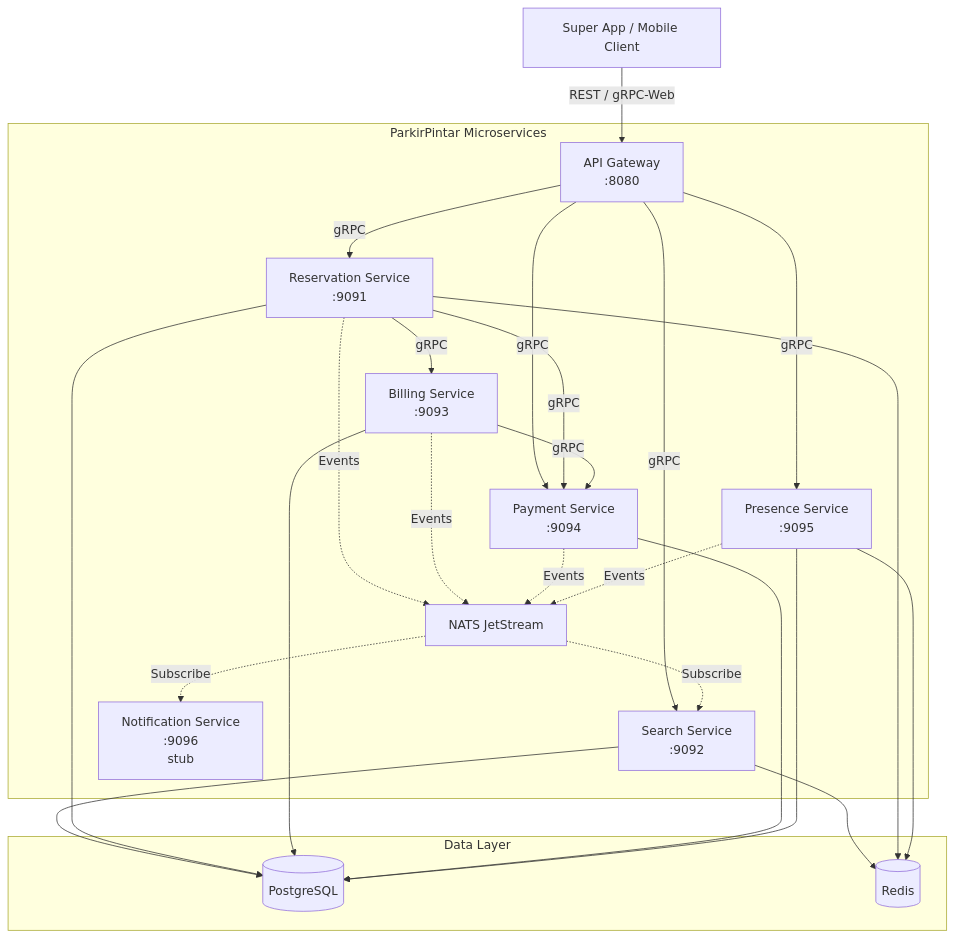
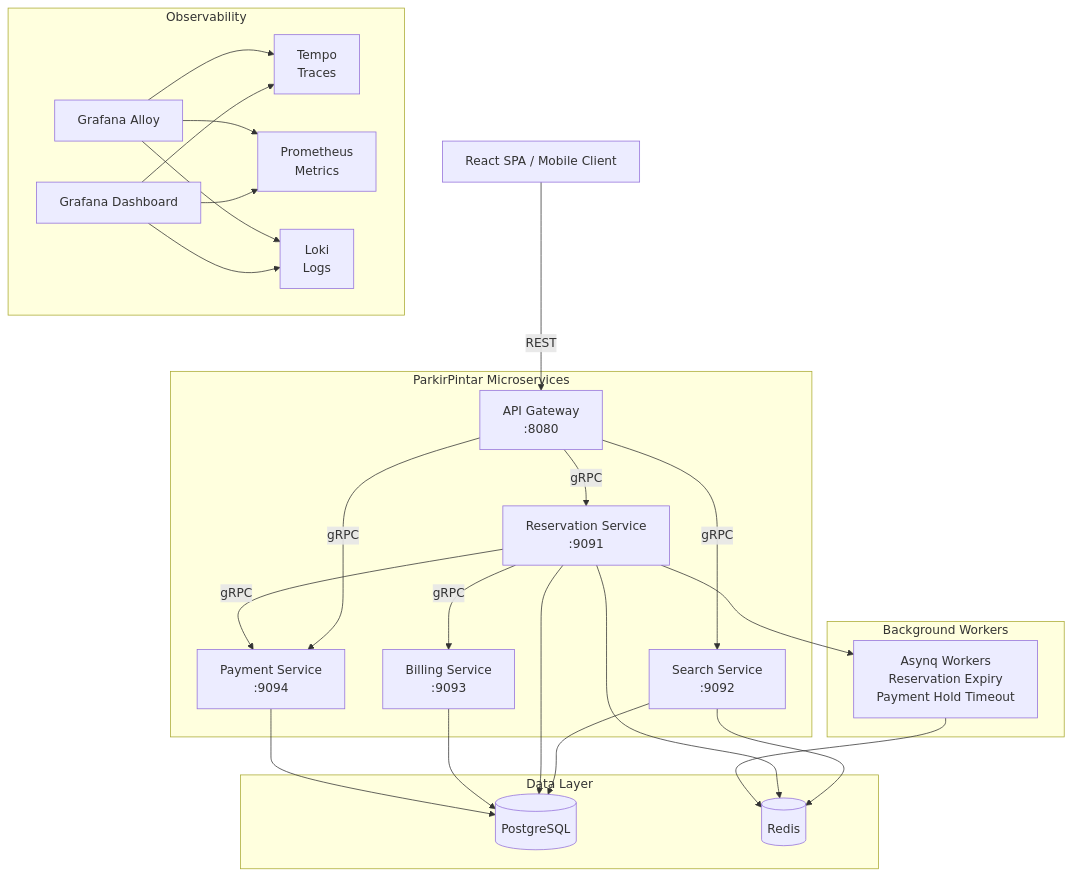
The first of 9 diagrams in README.md (piresc/parkir-pintar), drawn with Mermaid before and after one commit. The commit also changed other lines of this file and 138 other files, not shown here.

````diff
--- a/README.md
+++ b/README.md
@@ -41,38 +35,41 @@
 ```mermaid
 graph TB
-    Client[Super App / Mobile Client] -->|REST / gRPC-Web| GW[API Gateway<br/>:8080]
+    Client[React SPA / Mobile Client] -->|REST| GW[API Gateway<br/>:8080]
 
     subgraph ParkirPintar Microservices
         GW -->|gRPC| SEARCH[Search Service<br/>:9092]
         GW -->|gRPC| RESERVE[Reservation Service<br/>:9091]
         GW -->|gRPC| PAYMENT[Payment Service<br/>:9094]
-        GW -->|gRPC| PRESENCE[Presence Service<br/>:9095]
 
         RESERVE -->|gRPC| BILLING[Billing Service<br/>:9093]
         RESERVE -->|gRPC| PAYMENT
-        BILLING -->|gRPC| PAYMENT
-
-        RESERVE -.->|Events| NATS[NATS JetStream]
-        BILLING -.->|Events| NATS
-        PAYMENT -.->|Events| NATS
-        PRESENCE -.->|Events| NATS
-
-        NATS -.->|Subscribe| NOTIF[Notification Service<br/>:9096<br/>stub]
-        NATS -.->|Subscribe| SEARCH
     end
 
     subgraph Data Layer
         PG[(PostgreSQL)]
         RD[(Redis)]
-        NATS
+    end
+
+    subgraph Background Workers
+        ASYNQ[Asynq Workers<br/>Reservation Expiry<br/>Payment Hold Timeout]
     end
 
     SEARCH --> PG
     SEARCH --> RD
     RESERVE --> PG
     RESERVE --> RD
+    RESERVE --> ASYNQ
+    ASYNQ --> RD
     BILLING --> PG
     PAYMENT --> PG
-    PRESENCE --> PG
-    PRESENCE --> RD
+
+    subgraph Observability
+        ALLOY[Grafana Alloy] --> TEMPO[Tempo<br/>Traces]
+        ALLOY --> PROM[Prometheus<br/>Metrics]
+        ALLOY --> LOKI[Loki<br/>Logs]
+        GRAFANA[Grafana Dashboard]
+        GRAFANA --> TEMPO
+        GRAFANA --> PROM
+        GRAFANA --> LOKI
+    end
 ```
````
